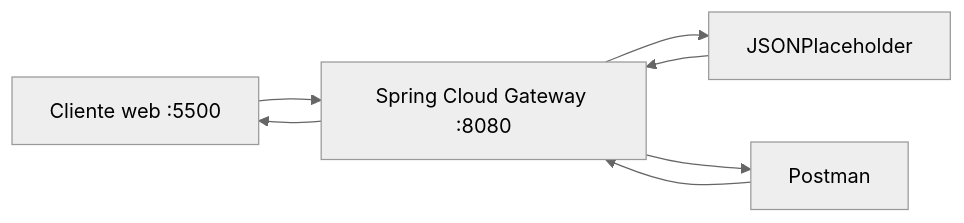
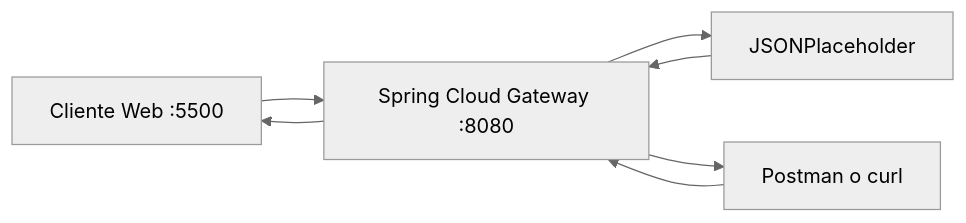
The diagram in docs/evidencias.md (FranLoAb/dsy1107-lab-api-gateway-grupo-8), drawn with Mermaid (neutral theme) before and after one commit. The commit also changed other lines of this file and 1 other file, not shown here.

````diff
--- a/docs/evidencias.md
+++ b/docs/evidencias.md
@@ -45,14 +27,14 @@
 ```mermaid
 flowchart LR
-    WEB[Cliente web :5500]
-    P[Postman]
+    WEB[Cliente Web :5500]
+    P[Postman o curl]
     G[Spring Cloud Gateway :8080]
     B[JSONPlaceholder]
 
     WEB --> G
     P --> G
     G --> B
     B --> G
     G --> WEB
     G --> P
 ```
````
